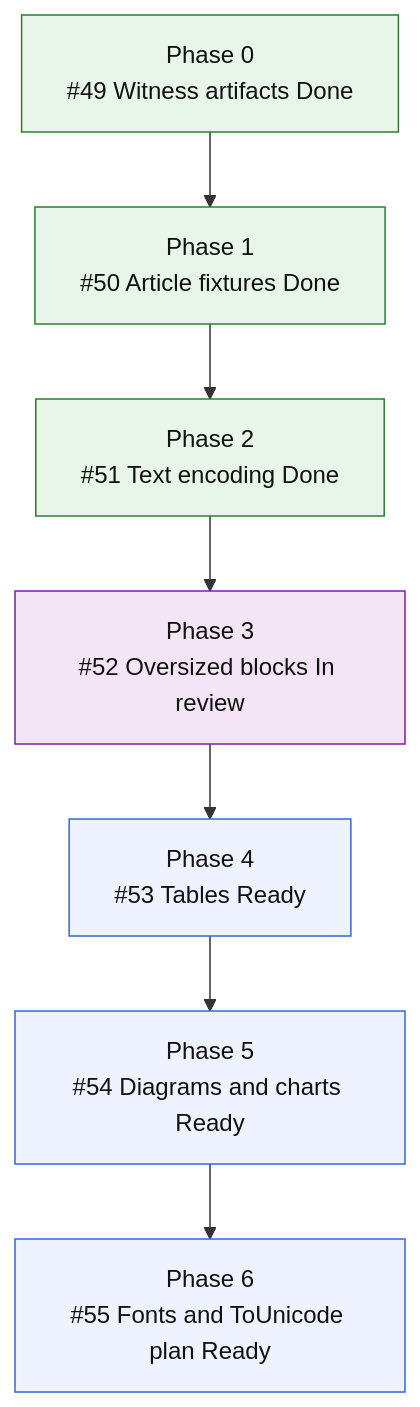
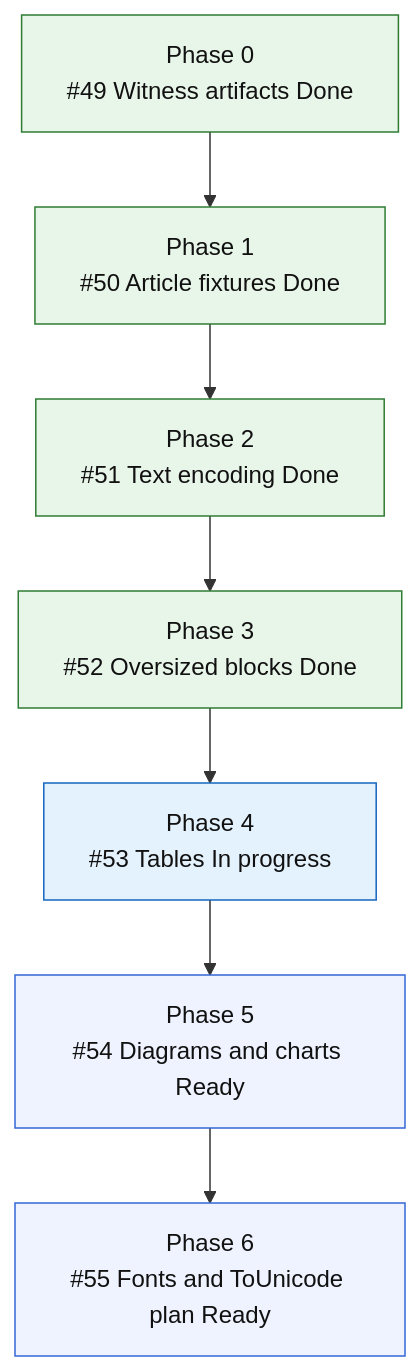
Before and after one commit to mihaelamj/MarkdownPDF: the second of 2 diagrams in README.md, drawn with Mermaid.

Commit message:
docs(roadmap): start table measurement issue

````diff
--- a/README.md
+++ b/README.md
@@ -212,22 +212,23 @@
 ```mermaid
 flowchart TD
     F0["Phase 0<br/>#49 Witness artifacts Done"]
     F1["Phase 1<br/>#50 Article fixtures Done"]
     F2["Phase 2<br/>#51 Text encoding Done"]
-    F3["Phase 3<br/>#52 Oversized blocks In review"]
-    F4["Phase 4<br/>#53 Tables Ready"]
+    F3["Phase 3<br/>#52 Oversized blocks Done"]
+    F4["Phase 4<br/>#53 Tables In progress"]
     F5["Phase 5<br/>#54 Diagrams and charts Ready"]
     F6["Phase 6<br/>#55 Fonts and ToUnicode plan Ready"]
 
     F0 --> F1 --> F2 --> F3 --> F4 --> F5 --> F6
 
     classDef done fill:#e8f5e9,stroke:#2e7d32,color:#111;
     classDef active fill:#e3f2fd,stroke:#1565c0,color:#111;
     classDef review fill:#f3e5f5,stroke:#7b1fa2,color:#111;
     classDef next fill:#fff8e1,stroke:#f9a825,color:#111;
     classDef todo fill:#eef3ff,stroke:#3367d6,color:#111;
     class F0,F1 done;
     class F2 done;
-    class F3 review;
-    class F4,F5,F6 todo;
+    class F3 done;
+    class F4 active;
+    class F5,F6 todo;
 ```
````
